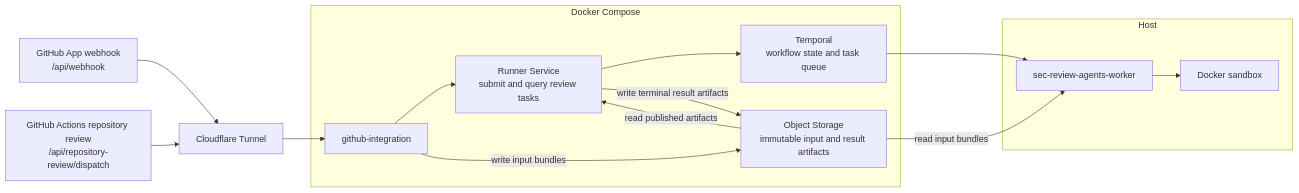
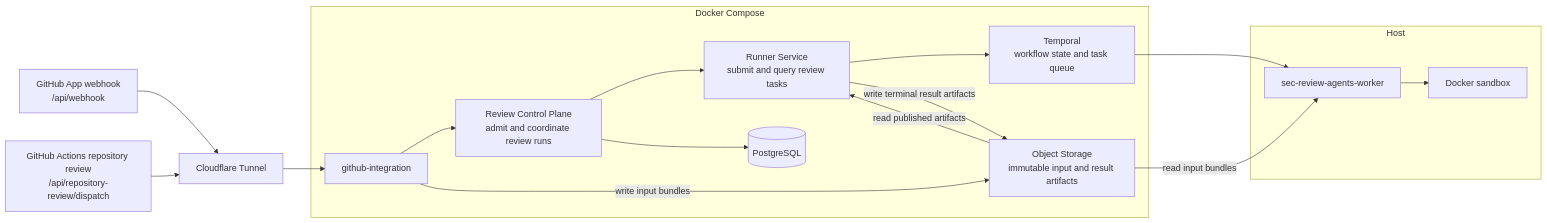
The diagram in docs/operations/LOCAL_INTEGRATED_DEPLOYMENT.md (Agent-AI-Chalmers/sec-review-bot), drawn with Mermaid before and after one commit. The commit also changed other lines of this file and 279 other files, not shown here.

First line of the commit message:
feat: add durable review control plane (#80)

````diff
--- a/docs/operations/LOCAL_INTEGRATED_DEPLOYMENT.md
+++ b/docs/operations/LOCAL_INTEGRATED_DEPLOYMENT.md
@@ -11,21 +11,23 @@
 ```mermaid
 flowchart LR
     webhook["GitHub App webhook<br/>/api/webhook"] --> tunnel["Cloudflare Tunnel"]
     dispatch["GitHub Actions repository review<br/>/api/repository-review/dispatch"] --> tunnel
 
     subgraph compose["Docker Compose"]
-        integration["github-integration"] --> runner["Runner Service<br/>submit and query review tasks"]
+        integration["github-integration"] --> control["Review Control Plane<br/>admit and coordinate review runs"]
+        control --> runner["Runner Service<br/>submit and query review tasks"]
+        control --> postgres[(PostgreSQL)]
         runner --> temporal["Temporal<br/>workflow state and task queue"]
         integration -->|write input bundles| storage["Object Storage<br/>immutable input and result artifacts"]
         runner -->|write terminal result artifacts| storage
     end
 
     subgraph host["Host"]
         worker["sec-review-agents-worker"] --> sandbox["Docker sandbox"]
     end
 
     tunnel --> integration
     temporal --> worker
     storage -->|read input bundles| worker
     storage -->|read published artifacts| runner
 ```
````
